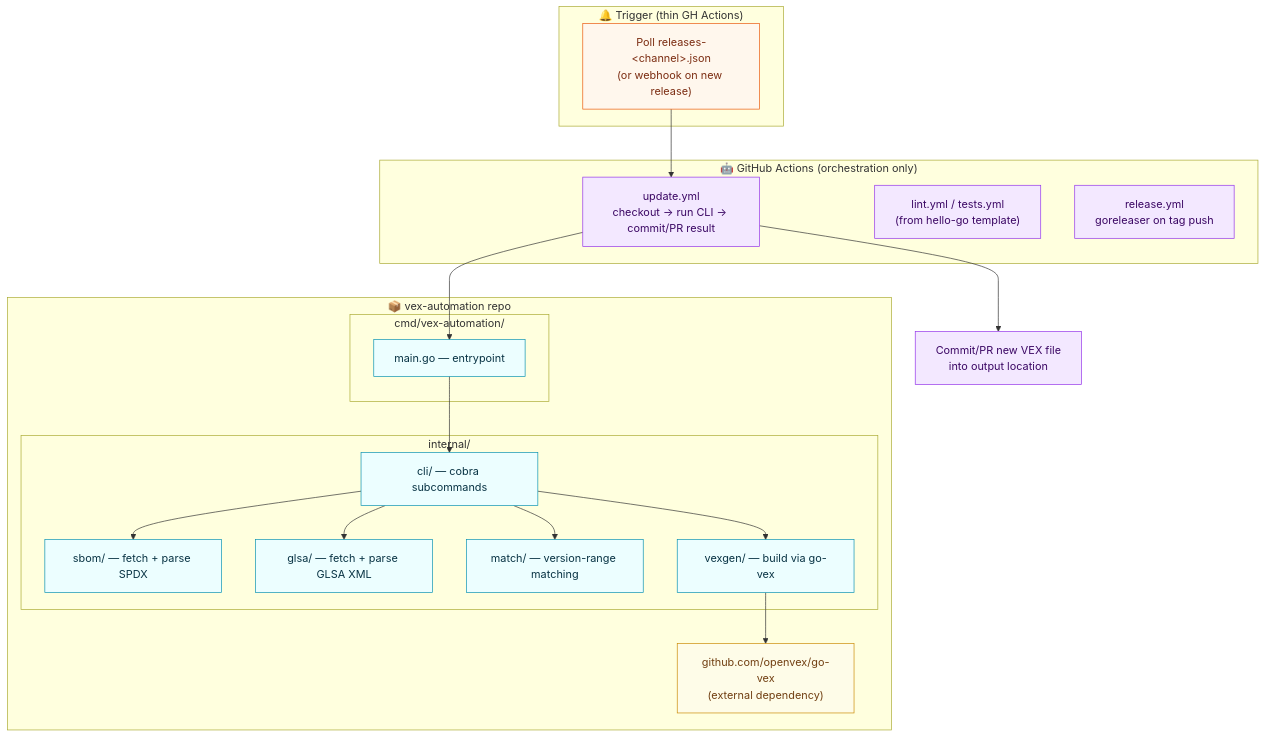
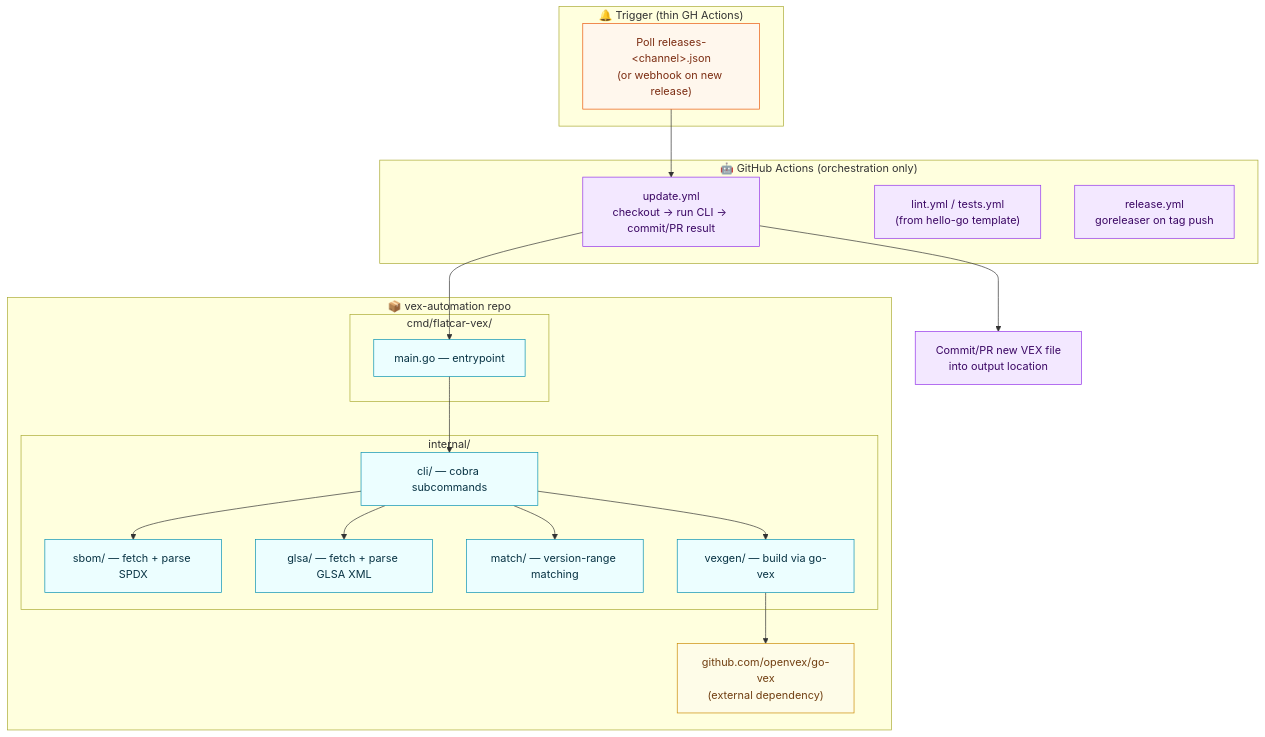
One commit to flatcar/vex-automation changed the second of 3 diagrams in docs/plan.md. Above: the diagram before and after it, drawn with Mermaid. The commit also changed other lines of this file and 7 other files, not shown here.

````diff
--- a/docs/plan.md
+++ b/docs/plan.md
@@ -114,43 +114,43 @@
 ```mermaid
 flowchart TD
     subgraph Trigger["🔔 Trigger (thin GH Actions)"]
         POLL["Poll releases-&lt;channel&gt;.json<br/>(or webhook on new release)"]
     end
 
     subgraph Repo["📦 vex-automation repo"]
-        subgraph CmdLayer["cmd/vex-automation/"]
+        subgraph CmdLayer["cmd/flatcar-vex/"]
             MAIN["main.go — entrypoint"]
         end
         subgraph InternalLayer["internal/"]
             CLI_PKG["cli/ — cobra subcommands"]
             SBOM_PKG["sbom/ — fetch + parse SPDX"]
             GLSA_PKG["glsa/ — fetch + parse GLSA XML"]
             MATCH_PKG["match/ — version-range matching"]
             VEXGEN_PKG["vexgen/ — build via go-vex"]
         end
         GOVEX["github.com/openvex/go-vex<br/>(external dependency)"]
     end
 
     subgraph CI["🤖 GitHub Actions (orchestration only)"]
         WF1["update.yml<br/>checkout → run CLI → commit/PR result"]
         WF2["lint.yml / tests.yml<br/>(from hello-go template)"]
         WF3["release.yml<br/>goreleaser on tag push"]
     end
 
     POLL --> WF1
     WF1 --> MAIN
     MAIN --> CLI_PKG
     CLI_PKG --> SBOM_PKG & GLSA_PKG & MATCH_PKG & VEXGEN_PKG
     VEXGEN_PKG --> GOVEX
     WF1 --> COMMIT["Commit/PR new VEX file<br/>into output location"]
 
     classDef trigger fill:#fff7ed,stroke:#ea580c,color:#7c2d12
     classDef repo fill:#ecfeff,stroke:#0891b2,color:#083344
     classDef ci fill:#f3e8ff,stroke:#9333ea,color:#3b0764
     classDef ext fill:#fefce8,stroke:#ca8a04,color:#713f12
 
     class POLL trigger
     class MAIN,CLI_PKG,SBOM_PKG,GLSA_PKG,MATCH_PKG,VEXGEN_PKG repo
     class WF1,WF2,WF3,COMMIT ci
     class GOVEX ext
 ```
````
